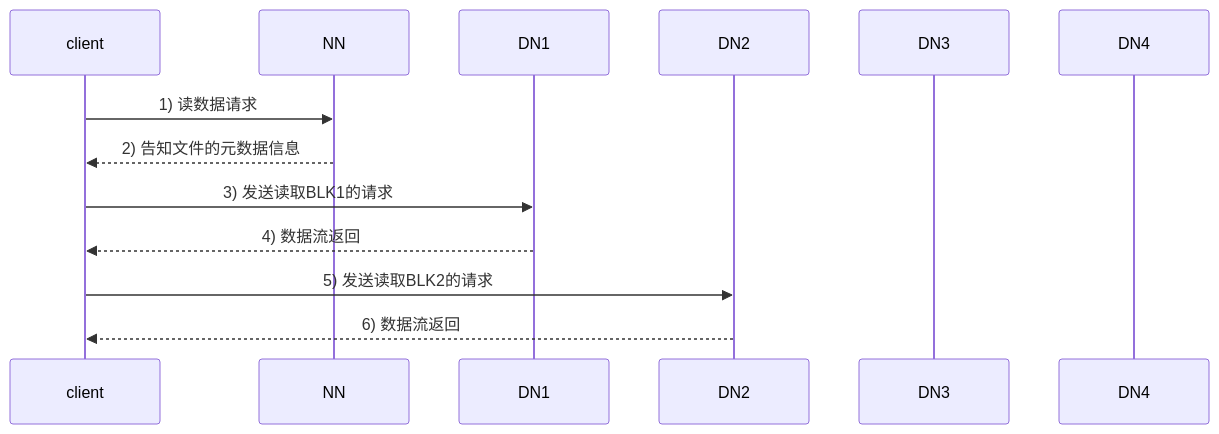
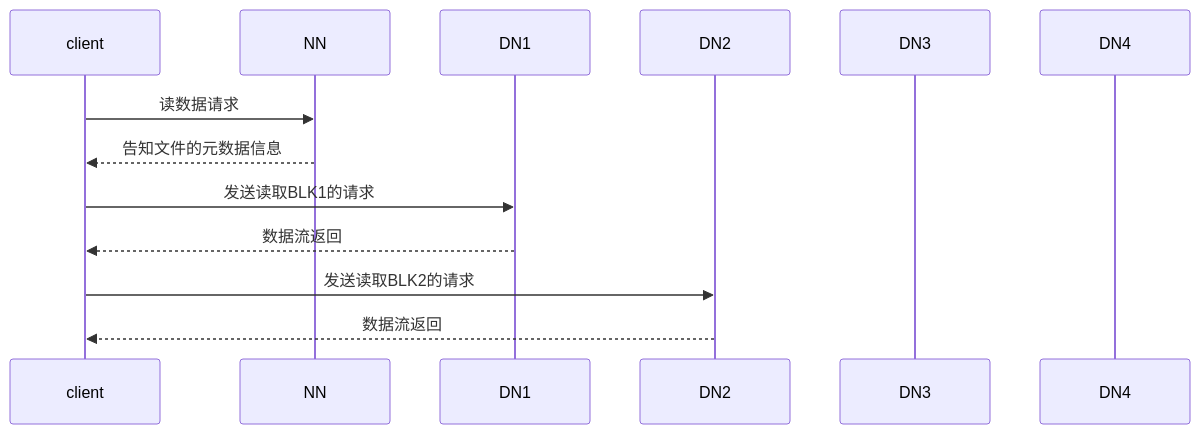
Before and after one commit to somepeopleHavingDream/metadata: the diagram in markdown/hdfs/HDFS读数据流程图解.md, drawn with Mermaid. The commit also changed 1 other file, not shown here.

Commit message:
feat: 优化HDFS的读写数据流程

````diff
--- a/markdown/hdfs/HDFS读数据流程图解.md
+++ b/markdown/hdfs/HDFS读数据流程图解.md
@@ -3,15 +3,15 @@
 ```mermaid
 sequenceDiagram
     participant A as client
     participant B as NN
     participant C as DN1
     participant D as DN2
     participant E as DN3
     participant F as DN4
-    A->>B: 1) 读数据请求
-    B-->>A: 2) 告知文件的元数据信息
-    A->>C: 3) 发送读取BLK1的请求
-    C-->>A: 4) 数据流返回
-    A->>D: 5) 发送读取BLK2的请求
-    D-->>A: 6) 数据流返回
+    A->>B: 读数据请求
+    B-->>A: 告知文件的元数据信息
+    A->>C: 发送读取BLK1的请求
+    C-->>A: 数据流返回
+    A->>D: 发送读取BLK2的请求
+    D-->>A: 数据流返回
 ```
````
